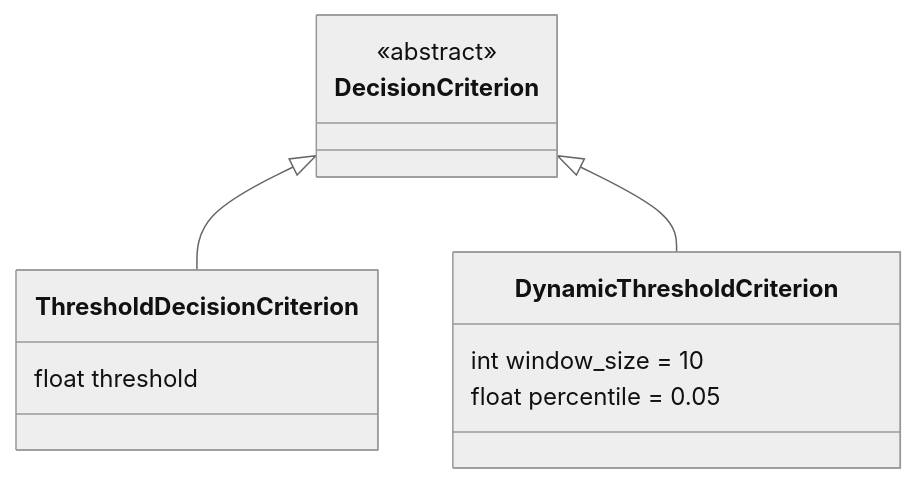
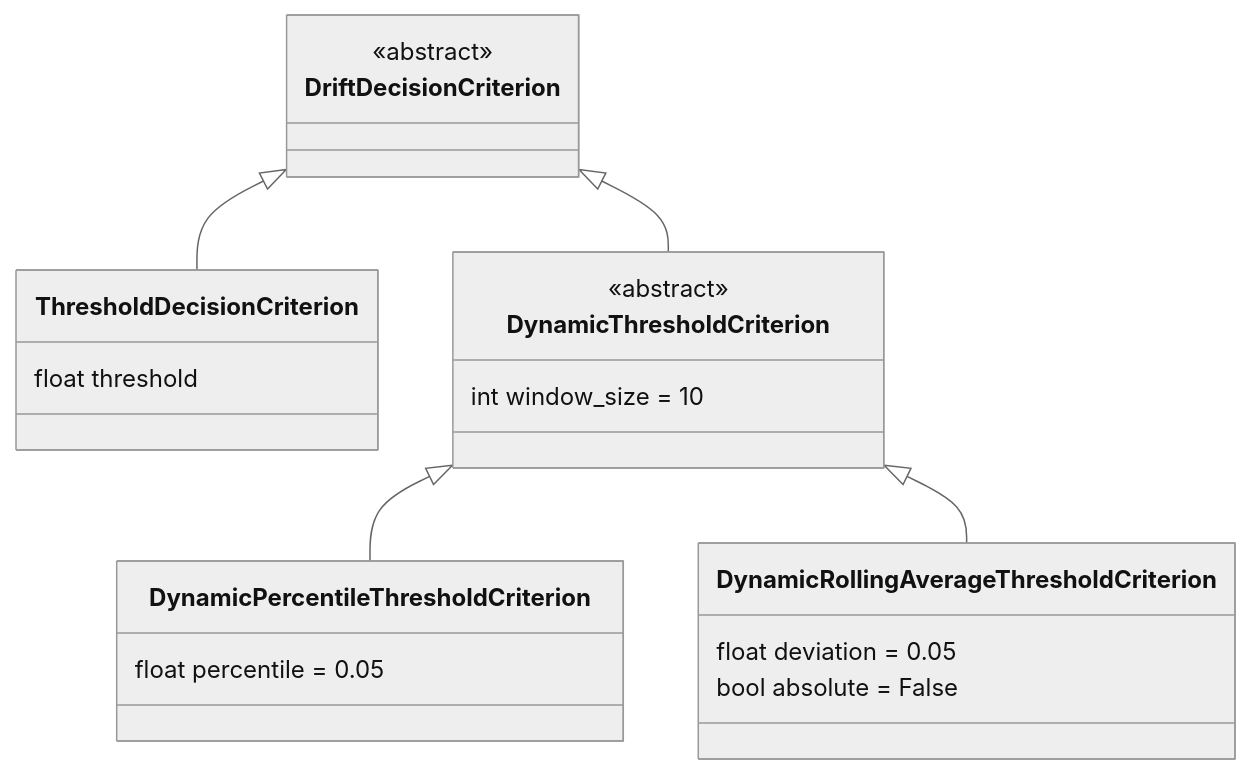
Before and after one commit to eth-easl/modyn: the fourth of 5 diagrams in docs/pipeline/triggering/DRIFT_TRIGGERS.md, drawn with Mermaid (neutral theme). The commit also changed other lines of this file and 1 other file, not shown here.

````diff
--- a/docs/pipeline/triggering/DRIFT_TRIGGERS.md
+++ b/docs/pipeline/triggering/DRIFT_TRIGGERS.md
@@ -176,18 +176,31 @@
 ```mermaid
 classDiagram
-    class DecisionCriterion {
+    class DriftDecisionCriterion {
         <<abstract>>
     }
 
     class ThresholdDecisionCriterion {
         float threshold
     }
 
     class DynamicThresholdCriterion {
+        <<abstract>>
         int window_size = 10
+    }
+
+    class DynamicPercentileThresholdCriterion {
         float percentile = 0.05
     }
 
-    DecisionCriterion <|-- ThresholdDecisionCriterion
-    DecisionCriterion <|-- DynamicThresholdCriterion
+    class DynamicRollingAverageThresholdCriterion {
+        float deviation = 0.05
+        bool absolute = False
+    }
+
+
+    DriftDecisionCriterion <|-- ThresholdDecisionCriterion
+    DriftDecisionCriterion <|-- DynamicThresholdCriterion
+
+    DynamicThresholdCriterion <|-- DynamicPercentileThresholdCriterion
+    DynamicThresholdCriterion <|-- DynamicRollingAverageThresholdCriterion
 ```
````
